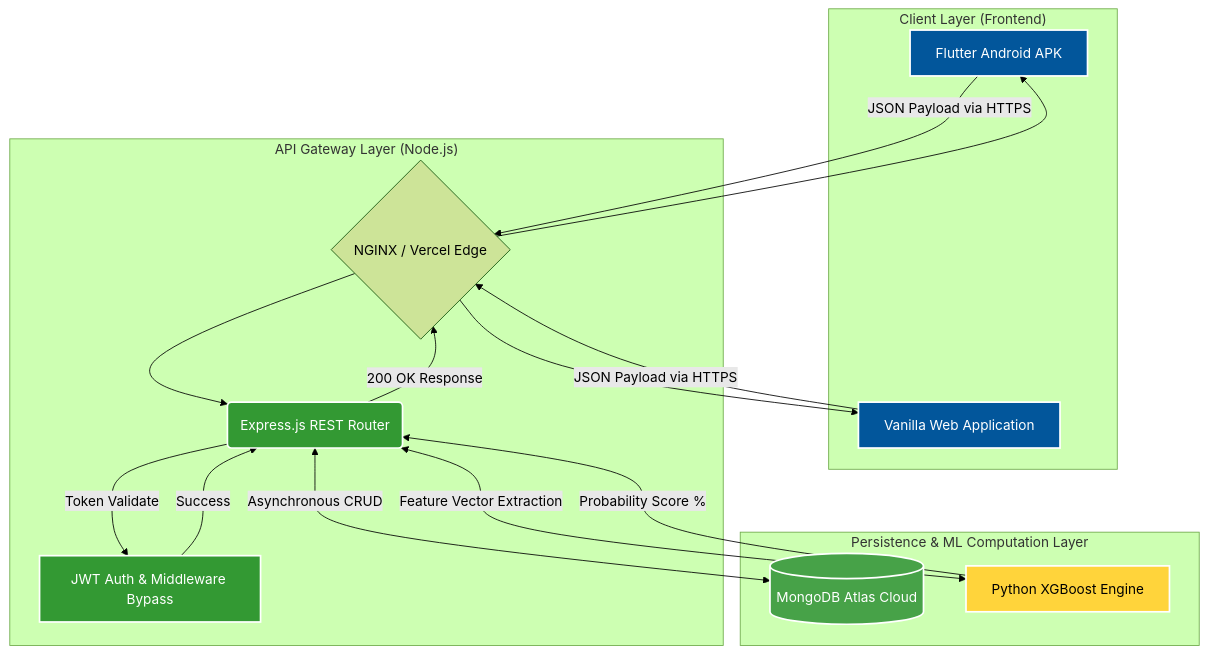
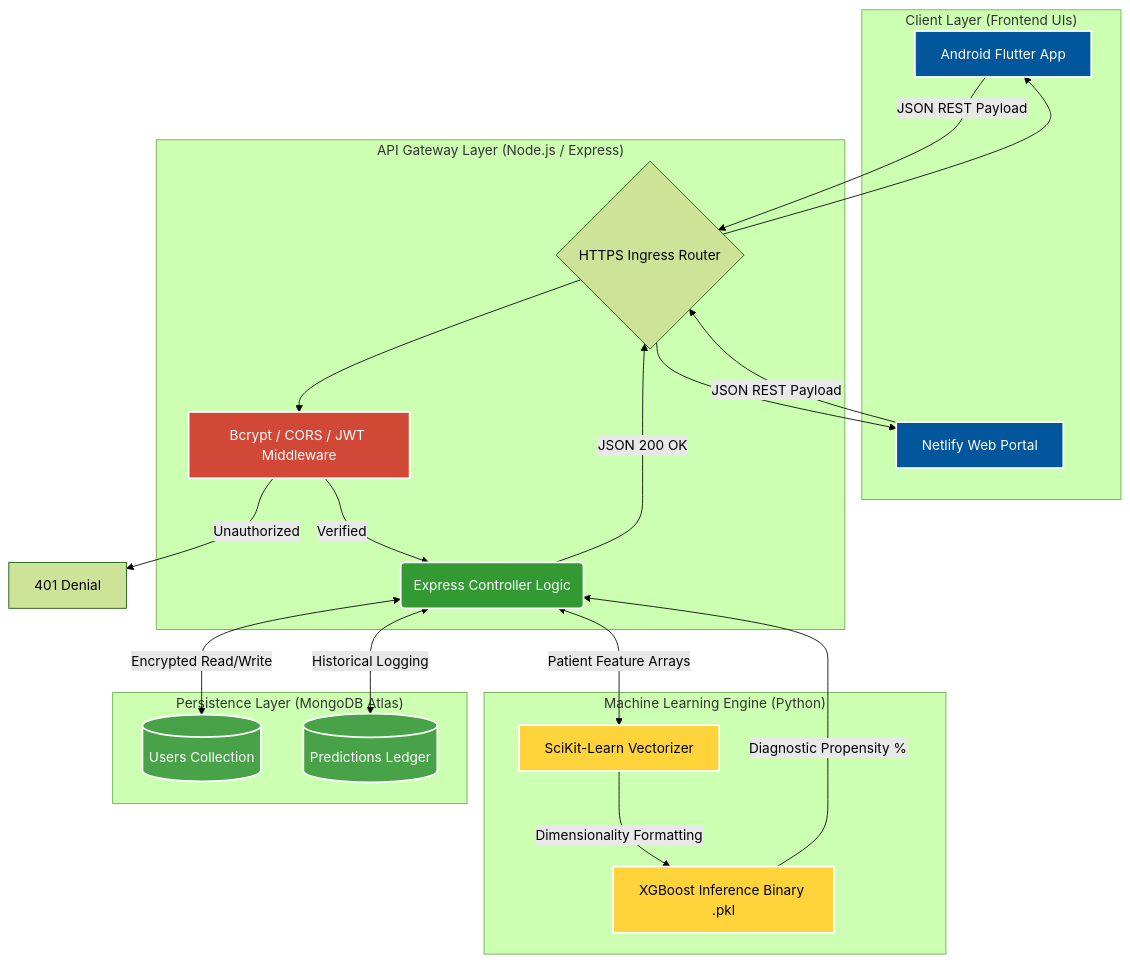
One commit to sathishr-ai/HeartSafe-FullStack changed the diagram in README.md. Above: the diagram before and after it, drawn with Mermaid (forest theme). The commit also changed other lines of this file, not shown here.

Commit message:
Ultimate Architecture & Structural Directory Enhancements

````diff
--- a/README.md
+++ b/README.md
@@ -78,38 +78,47 @@
 ```mermaid
 graph TD
     classDef frontend fill:#02569B,stroke:#fff,stroke-width:2px,color:#fff;
     classDef nodejs fill:#339933,stroke:#fff,stroke-width:2px,color:#fff;
     classDef python fill:#FFD43B,stroke:#fff,stroke-width:2px,color:#000;
     classDef db fill:#47A248,stroke:#fff,stroke-width:2px,color:#fff;
+    classDef security fill:#D14836,stroke:#fff,stroke-width:2px,color:#fff;
 
-    subgraph "Client Layer (Frontend)"
-        A[Flutter Android APK]:::frontend
-        B[Vanilla Web Application]:::frontend
+    subgraph "Client Layer (Frontend UIs)"
+        A[Android Flutter App]:::frontend
+        B[Netlify Web Portal]:::frontend
     end
 
-    subgraph "API Gateway Layer (Node.js)"
-        C{NGINX / Vercel Edge}
-        D(Express.js REST Router):::nodejs
-        E[JWT Auth & Middleware Bypass]:::nodejs
+    subgraph "API Gateway Layer (Node.js / Express)"
+        C{HTTPS Ingress Router}
+        D[Bcrypt / CORS / JWT Middleware]:::security
+        E(Express Controller Logic):::nodejs
     end
 
-    subgraph "Persistence & ML Computation Layer"
-        F[(MongoDB Atlas Cloud)]:::db
-        G[Python XGBoost Engine]:::python
+    subgraph "Machine Learning Engine (Python)"
+        F[XGBoost Inference Binary .pkl]:::python
+        G[SciKit-Learn Vectorizer]:::python
     end
 
-    A -->|JSON Payload via HTTPS| C
-    B -->|JSON Payload via HTTPS| C
+    subgraph "Persistence Layer (MongoDB Atlas)"
+        H[(Users Collection)]:::db
+        I[(Predictions Ledger)]:::db
+    end
+
+    A -->|JSON REST Payload| C
+    B -->|JSON REST Payload| C
+    
     C --> D
+    D -- Unauthorized --> 401[401 Denial]
+    D -- Verified --> E
     
-    D -->|Token Validate| E
-    E -- Success --> D
+    E <-->|Encrypted Read/Write| H
+    E <-->|Historical Logging| I
     
-    D <-->|Asynchronous CRUD| F
-    D <-->|Feature Vector Extraction| G
+    E <-->|Patient Feature Arrays| G
+    G -->|Dimensionality Formatting| F
+    F -->|Diagnostic Propensity %| E
     
-    G -->|Probability Score %| D
-    D -->|200 OK Response| C
+    E -->|JSON 200 OK| C
     C --> A
     C --> B
 ```
````
